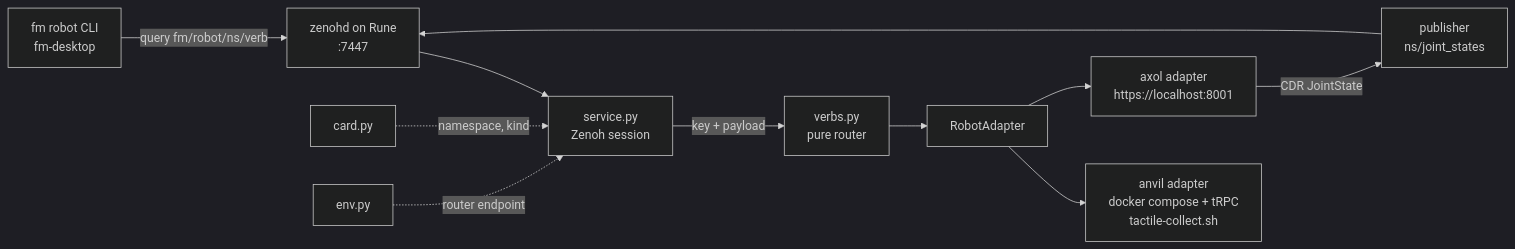
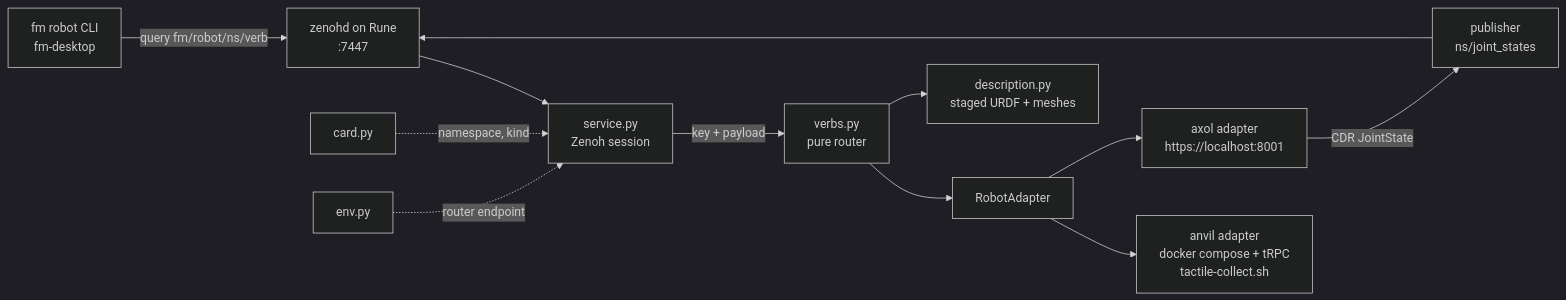
One commit to first-motive/fm-robot-agent changed the diagram in src/fm_robot_agent/README.md. Above: the diagram before and after it, drawn with Mermaid (dark theme). The commit also changed other lines of this file and 4 other files, not shown here.

Commit message:
feat: serve the robot description and meshes over the fabric (#24)

````diff
--- a/src/fm_robot_agent/README.md
+++ b/src/fm_robot_agent/README.md
@@ -15,12 +15,13 @@
 ```mermaid
 flowchart LR
     D[fm robot CLI<br/>fm-desktop] -->|query fm/robot/ns/verb| R[zenohd on Rune<br/>:7447]
     R --> S[service.py<br/>Zenoh session]
     S -->|key + payload| V[verbs.py<br/>pure router]
     V --> A[RobotAdapter]
+    V --> B[description.py<br/>staged URDF + meshes]
     A --> AN[anvil adapter<br/>docker compose + tRPC<br/>tactile-collect.sh]
     A --> AX[axol adapter<br/>https://localhost:8001]
     AX -->|CDR JointState| P[publisher<br/>ns/joint_states] --> R
     C[card.py] -.->|namespace, kind| S
     E[env.py] -.->|router endpoint| S
 ```
````
